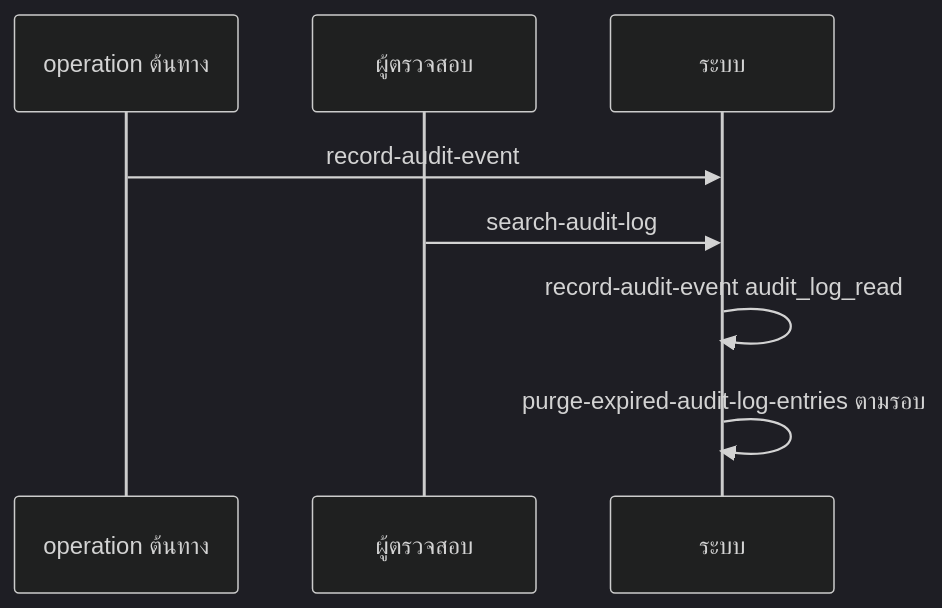
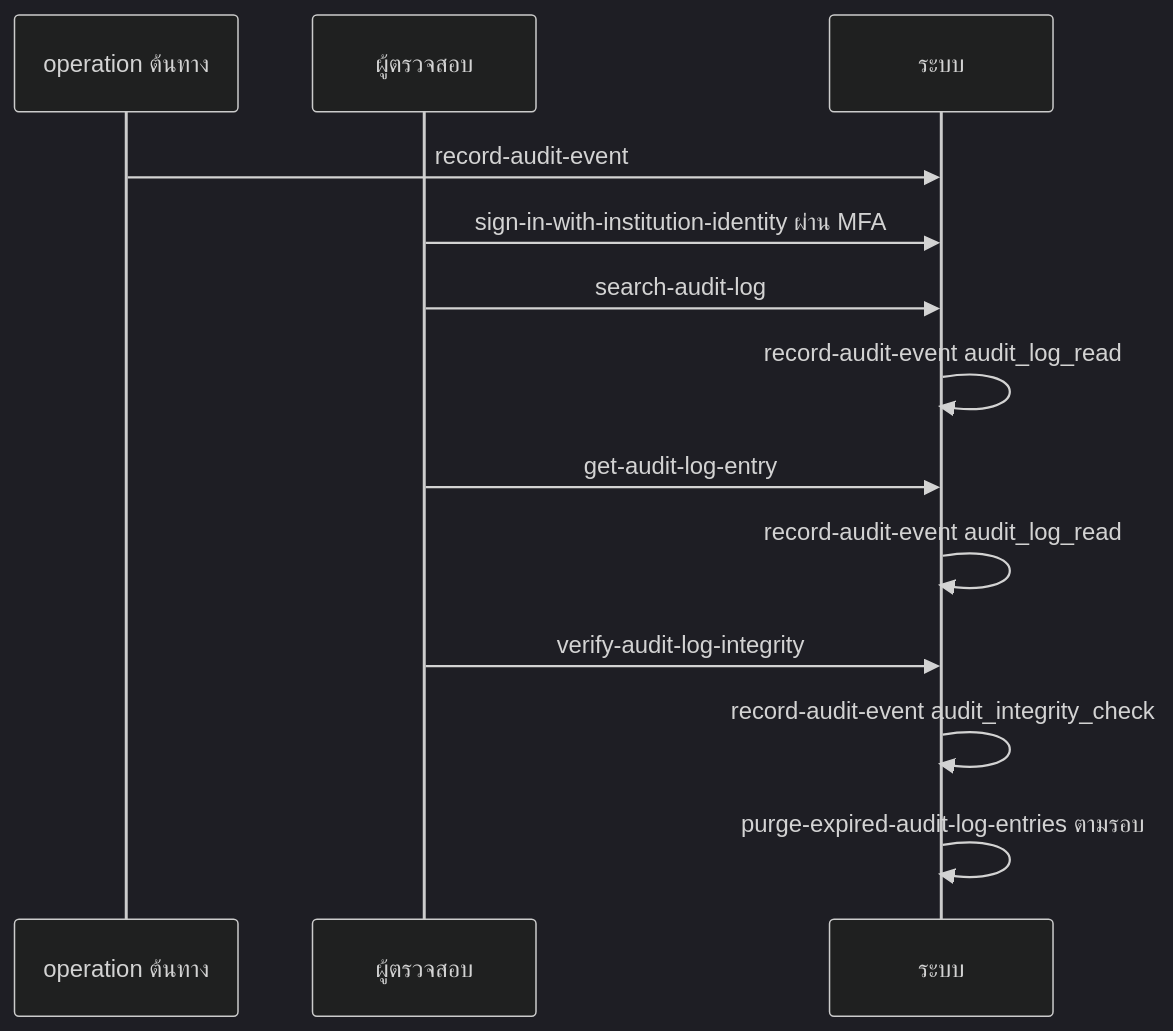
One commit to PAKOSORUS/Grade-Runway-PROJECT changed the ninth of 10 diagrams in docs/02-design/02-technical/api-spec.md. Above: the diagram before and after it, drawn with Mermaid (dark theme). The commit also changed other lines of this file and 2 other files, not shown here.

````diff
--- a/docs/02-design/02-technical/api-spec.md
+++ b/docs/02-design/02-technical/api-spec.md
@@ -817,10 +908,15 @@
 ```mermaid
 sequenceDiagram
     participant Src as operation ต้นทาง
     participant Aud as ผู้ตรวจสอบ
     participant Sys as ระบบ
     Src->>Sys: record-audit-event
+    Aud->>Sys: sign-in-with-institution-identity ผ่าน MFA
     Aud->>Sys: search-audit-log
     Sys->>Sys: record-audit-event audit_log_read
+    Aud->>Sys: get-audit-log-entry
+    Sys->>Sys: record-audit-event audit_log_read
+    Aud->>Sys: verify-audit-log-integrity
+    Sys->>Sys: record-audit-event audit_integrity_check
     Sys->>Sys: purge-expired-audit-log-entries ตามรอบ
 ```
````
